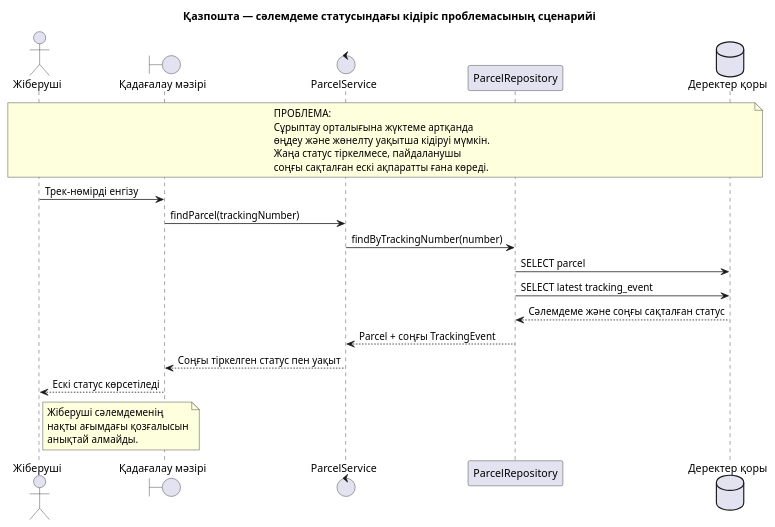
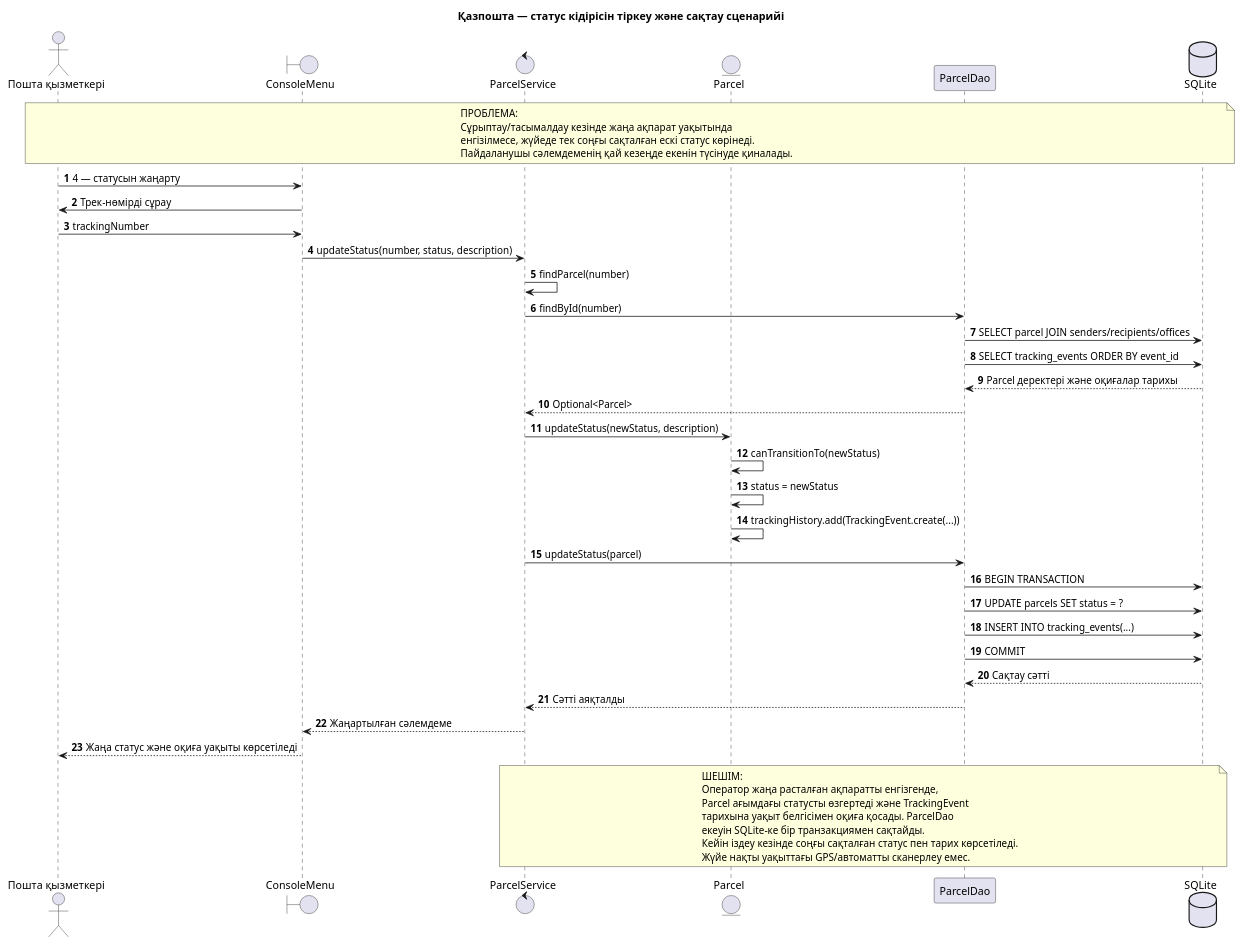
One commit to ajymaskar082/Kazpost-Parcel-Tracking changed the diagram in docs/uml/sequence-diagram.puml. Above: the diagram before and after it, drawn with PlantUML.

Commit message:
Model status update problem and implemented transactional solution

```diff
--- a/docs/uml/sequence-diagram.puml
+++ b/docs/uml/sequence-diagram.puml
@@ -1,35 +1,53 @@
 @startuml
-title Қазпошта — сәлемдеме статусындағы кідіріс проблемасының сценарийі
+title Қазпошта — статус кідірісін тіркеу және сақтау сценарийі
+autonumber
 skinparam shadowing false
 
-actor "Жіберуші" as Sender
-boundary "Қадағалау мәзірі" as Menu
+actor "Пошта қызметкері" as Operator
+boundary "ConsoleMenu" as Menu
 control "ParcelService" as Service
-participant "ParcelRepository" as Repository
-database "Деректер қоры" as DB
+entity "Parcel" as Parcel
+participant "ParcelDao" as DAO
+database "SQLite" as DB
 
-note over Sender,DB
+note over Operator,DB
 ПРОБЛЕМА:
-Сұрыптау орталығына жүктеме артқанда
-өңдеу және жөнелту уақытша кідіруі мүмкін.
-Жаңа статус тіркелмесе, пайдаланушы
-соңғы сақталған ескі ақпаратты ғана көреді.
+Сұрыптау/тасымалдау кезінде жаңа ақпарат уақытында
+енгізілмесе, жүйеде тек соңғы сақталған ескі статус көрінеді.
+Пайдаланушы сәлемдеменің қай кезеңде екенін түсінуде қиналады.
 end note
 
-Sender -> Menu : Трек-нөмірді енгізу
-Menu -> Service : findParcel(trackingNumber)
-Service -> Repository : findByTrackingNumber(number)
-Repository -> DB : SELECT parcel
-Repository -> DB : SELECT latest tracking_event
-DB --> Repository : Сәлемдеме және соңғы сақталған статус
-Repository --> Service : Parcel + соңғы TrackingEvent
-Service --> Menu : Соңғы тіркелген статус пен уақыт
-Menu --> Sender : Ескі статус көрсетіледі
+Operator -> Menu : 4 — статусын жаңарту
+Menu -> Operator : Трек-нөмірді сұрау
+Operator -> Menu : trackingNumber
+Menu -> Service : updateStatus(number, status, description)
+Service -> Service : findParcel(number)
+Service -> DAO : findById(number)
+DAO -> DB : SELECT parcel JOIN senders/recipients/offices
+DAO -> DB : SELECT tracking_events ORDER BY event_id
+DB --> DAO : Parcel деректері және оқиғалар тарихы
+DAO --> Service : Optional<Parcel>
+Service -> Parcel : updateStatus(newStatus, description)
+Parcel -> Parcel : canTransitionTo(newStatus)
+Parcel -> Parcel : status = newStatus
+Parcel -> Parcel : trackingHistory.add(TrackingEvent.create(...))
+Service -> DAO : updateStatus(parcel)
+DAO -> DB : BEGIN TRANSACTION
+DAO -> DB : UPDATE parcels SET status = ?
+DAO -> DB : INSERT INTO tracking_events(...)
+DAO -> DB : COMMIT
+DB --> DAO : Сақтау сәтті
+DAO --> Service : Сәтті аяқталды
+Service --> Menu : Жаңартылған сәлемдеме
+Menu --> Operator : Жаңа статус және оқиға уақыты көрсетіледі
 
-note right of Sender
-Жіберуші сәлемдеменің
-нақты ағымдағы қозғалысын
-анықтай алмайды.
+note over Service,DB
+ШЕШІМ:
+Оператор жаңа расталған ақпаратты енгізгенде,
+Parcel ағымдағы статусты өзгертеді және TrackingEvent
+тарихына уақыт белгісімен оқиға қосады. ParcelDao
+екеуін SQLite-ке бір транзакциямен сақтайды.
+Кейін іздеу кезінде соңғы сақталған статус пен тарих көрсетіледі.
+Жүйе нақты уақыттағы GPS/автоматты сканерлеу емес.
 end note
-
 @enduml
```
